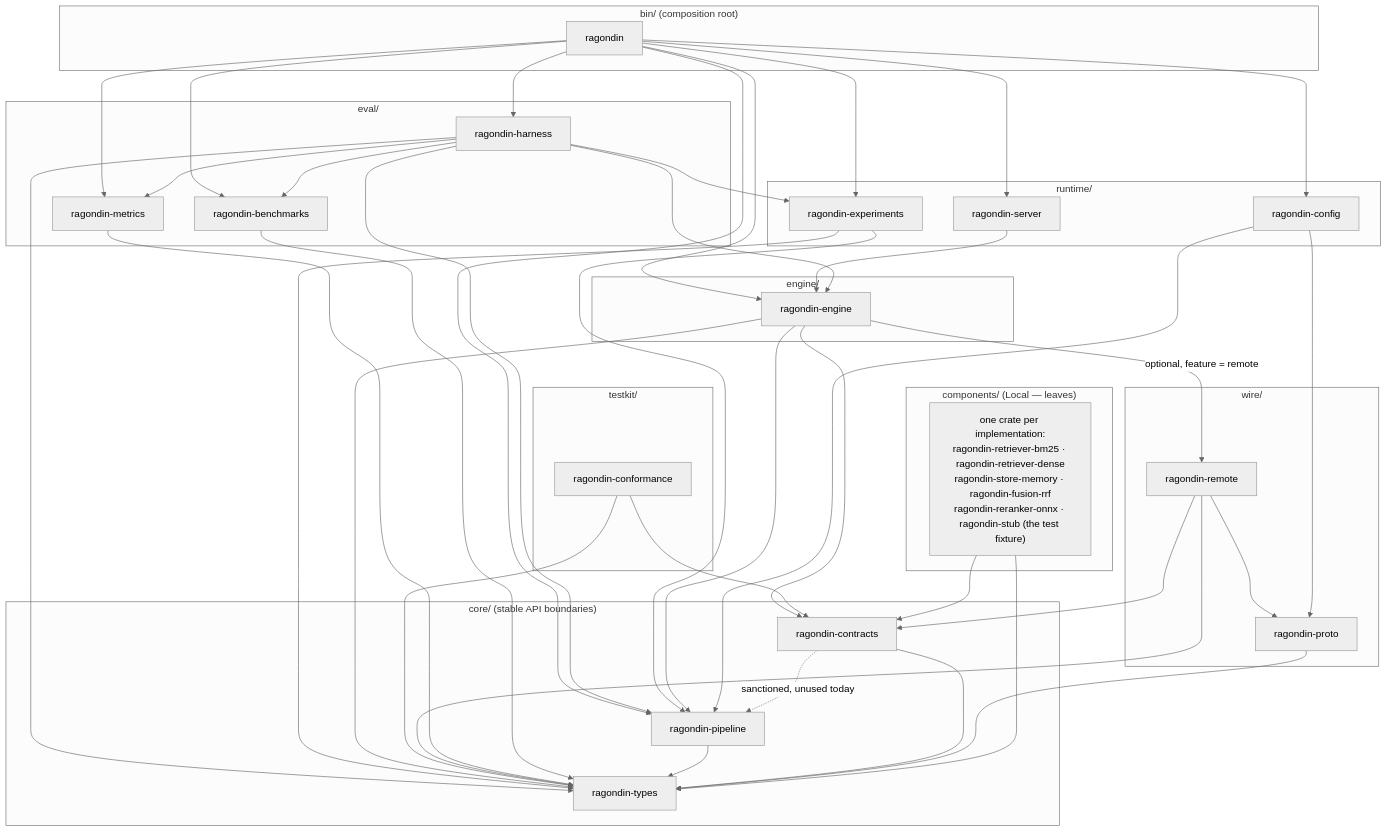
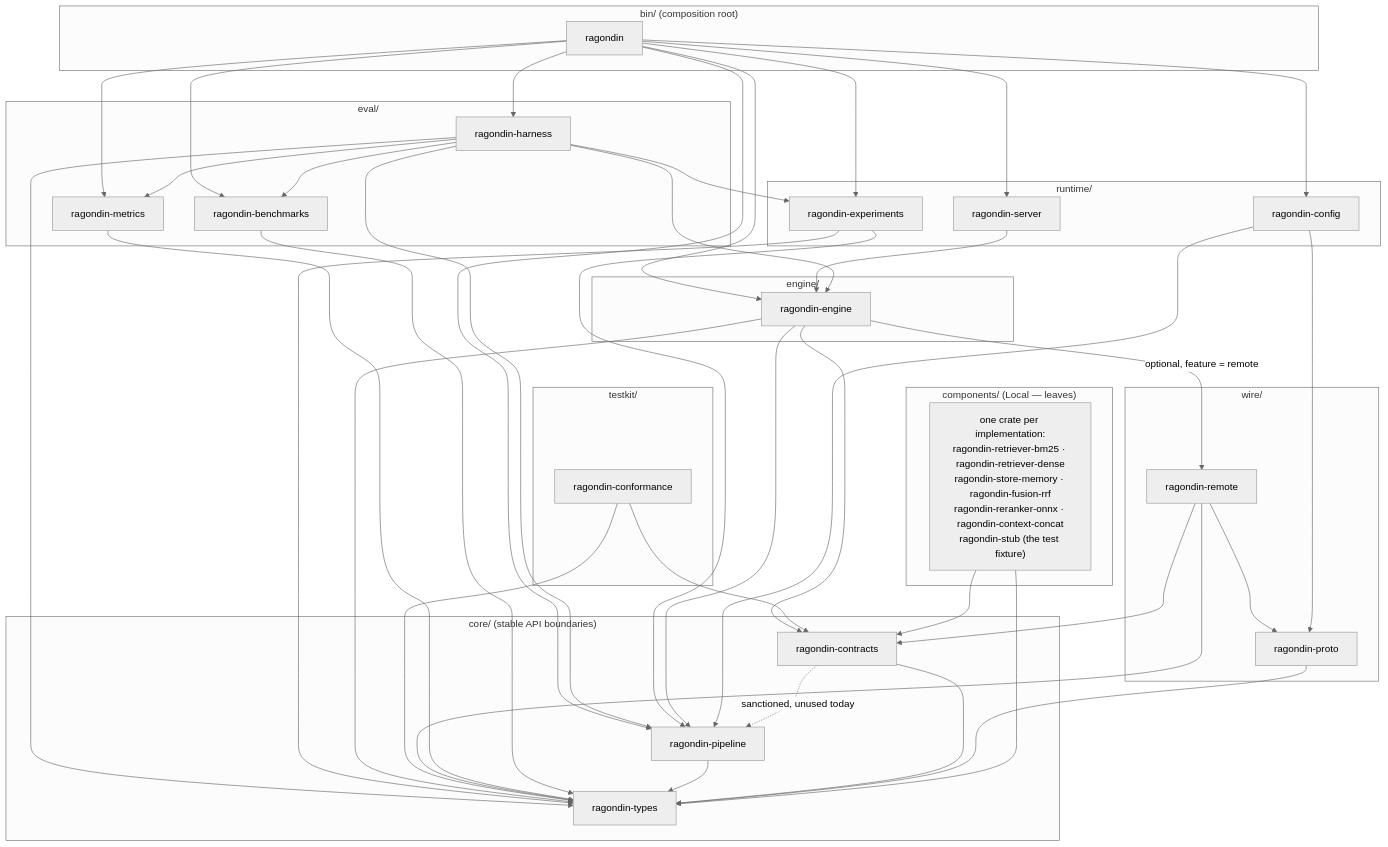
Before and after one commit to genesary/Ragondin: the first of 4 diagrams in docs/code-architecture.md, drawn with Mermaid (neutral theme). The commit also changed other lines of this file and 10 other files, not shown here.

First line of the commit message:
feat(ragondin-context-concat): a Local context builder, ordered concatenation under a character budget (#297)

````diff
--- a/docs/code-architecture.md
+++ b/docs/code-architecture.md
@@ -181,51 +182,51 @@
 ```mermaid
 flowchart TB
   subgraph BIN["bin/ (composition root)"]
     RAG[ragondin]
   end
   subgraph RUNTIME["runtime/"]
     SRV[ragondin-server]
     EXP[ragondin-experiments]
     CFG[ragondin-config]
   end
   subgraph EVAL["eval/"]
     HAR[ragondin-harness]
     MET[ragondin-metrics]
     BEN[ragondin-benchmarks]
   end
   subgraph ENGINE["engine/"]
     ENG[ragondin-engine]
   end
   subgraph TESTKIT["testkit/"]
     CNF[ragondin-conformance]
   end
   subgraph COMP["components/ (Local — leaves)"]
-    CX["one crate per implementation:<br/>ragondin-retriever-bm25 · ragondin-retriever-dense<br/>ragondin-store-memory · ragondin-fusion-rrf<br/>ragondin-reranker-onnx · ragondin-stub (the test fixture)"]
+    CX["one crate per implementation:<br/>ragondin-retriever-bm25 · ragondin-retriever-dense<br/>ragondin-store-memory · ragondin-fusion-rrf<br/>ragondin-reranker-onnx · ragondin-context-concat<br/>ragondin-stub (the test fixture)"]
   end
   subgraph WIRE["wire/"]
     PRO[ragondin-proto]
     REM[ragondin-remote]
   end
   subgraph CORE["core/ (stable API boundaries)"]
     CON[ragondin-contracts]
     PIP[ragondin-pipeline]
     TYP[ragondin-types]
   end
 
   RAG --> SRV & HAR & EXP & CFG & ENG & MET & BEN & PIP
   SRV --> ENG
   HAR --> ENG & MET & BEN & EXP & PIP & TYP
   EXP --> PIP & TYP
   ENG --> CON & PIP & TYP
   ENG -->|"optional, feature = remote"| REM
   CNF --> CON & TYP
   REM --> CON & TYP & PRO
   MET --> TYP
   BEN --> TYP
   CFG --> PIP & PRO
   CON -.->|"sanctioned, unused today"| PIP
   PIP --> TYP
   CON --> TYP
   PRO --> TYP
   CX --> CON & TYP
 ```
````
